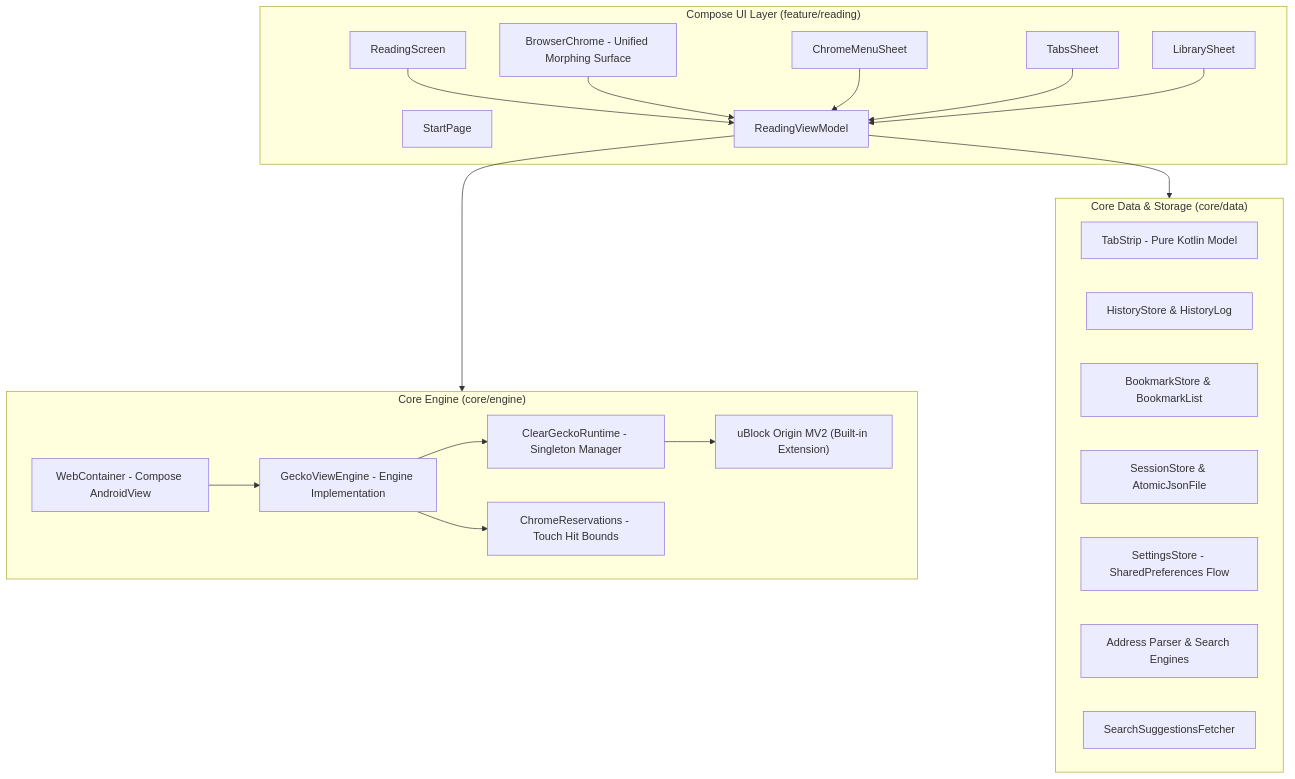
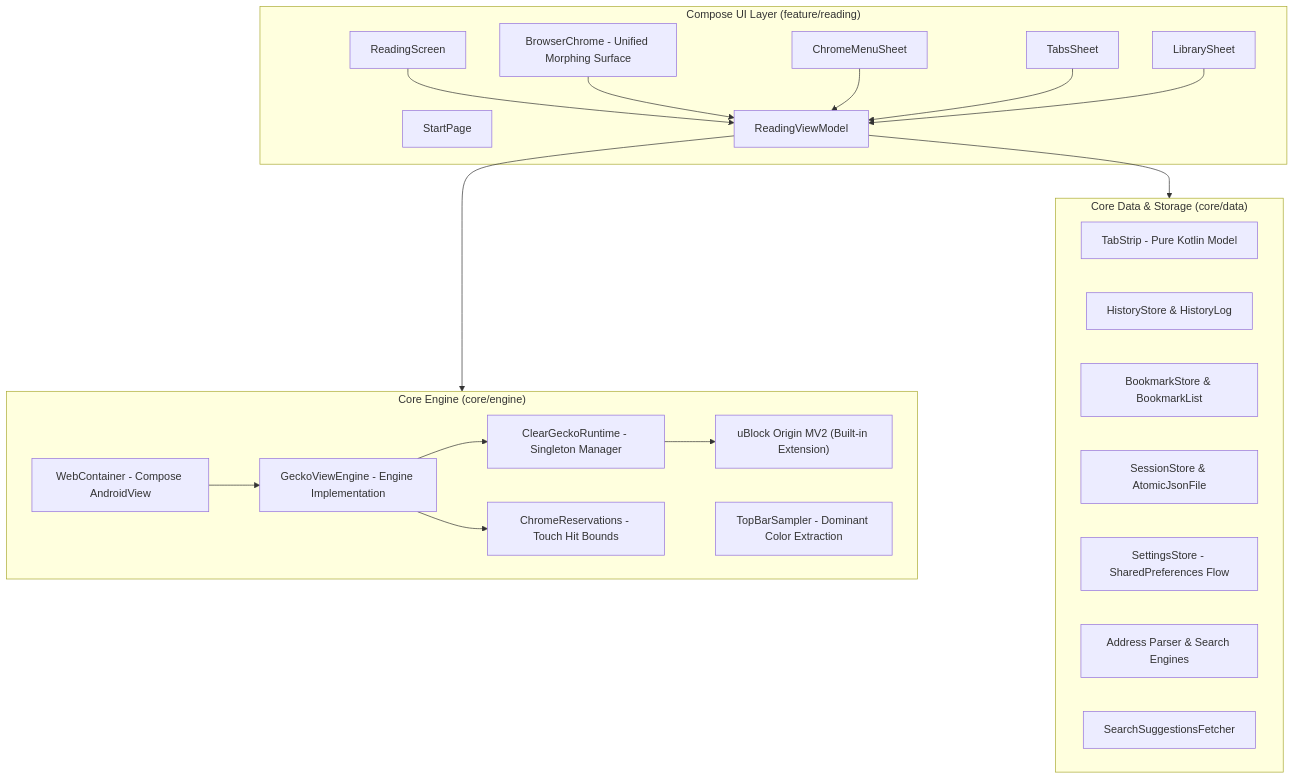
One commit to vylt-gh/clear-browser changed the diagram in README.md. Above: the diagram before and after it, drawn with Mermaid. The commit also changed other lines of this file and 2 other files, not shown here.

Commit message:
chore: bump version to v0.3.0 and update README with adaptive top bar and frosted glass styling

````diff
--- a/README.md
+++ b/README.md
@@ -100,42 +113,43 @@
 ```mermaid
 flowchart TD
     subgraph UI ["Compose UI Layer (feature/reading)"]
         RS[ReadingScreen]
         BC[BrowserChrome - Unified Morphing Surface]
         CMS[ChromeMenuSheet]
         TS[TabsSheet]
         LS[LibrarySheet]
         SP[StartPage]
         RVM[ReadingViewModel]
     end
 
     subgraph CoreEngine ["Core Engine (core/engine)"]
         WC[WebContainer - Compose AndroidView]
         GVE[GeckoViewEngine - Engine Implementation]
         CGR[ClearGeckoRuntime - Singleton Manager]
         uBO["uBlock Origin MV2 (Built-in Extension)"]
+        TBS[TopBarSampler - Dominant Color Extraction]
         CR[ChromeReservations - Touch Hit Bounds]
     end
 
     subgraph CoreData ["Core Data & Storage (core/data)"]
         TabStrip[TabStrip - Pure Kotlin Model]
         HistStore[HistoryStore & HistoryLog]
         BookStore[BookmarkStore & BookmarkList]
         SessStore[SessionStore & AtomicJsonFile]
         SettStore[SettingsStore - SharedPreferences Flow]
         Addr[Address Parser & Search Engines]
         Sugg[SearchSuggestionsFetcher]
     end
 
     RS --> RVM
     BC --> RVM
     CMS --> RVM
     TS --> RVM
     LS --> RVM
     RVM --> CoreEngine
     RVM --> CoreData
     WC --> GVE
     GVE --> CGR
     CGR --> uBO
     GVE --> CR
 ```
````
